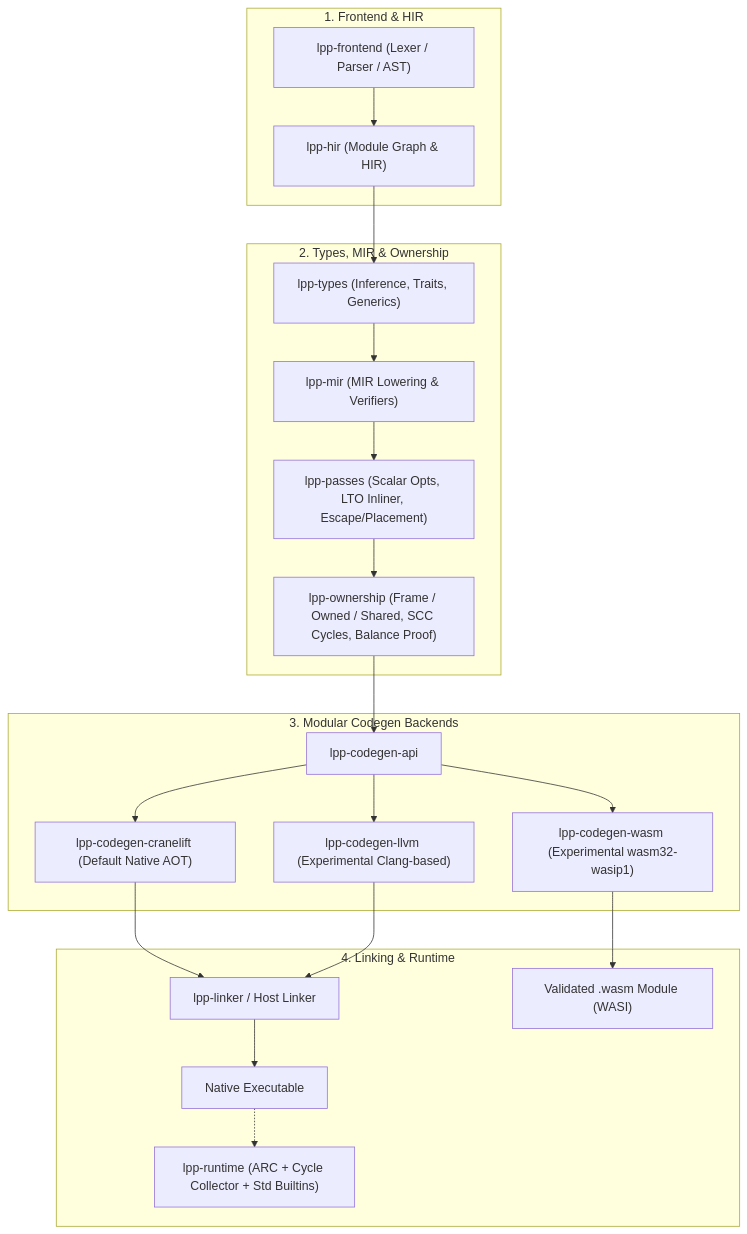
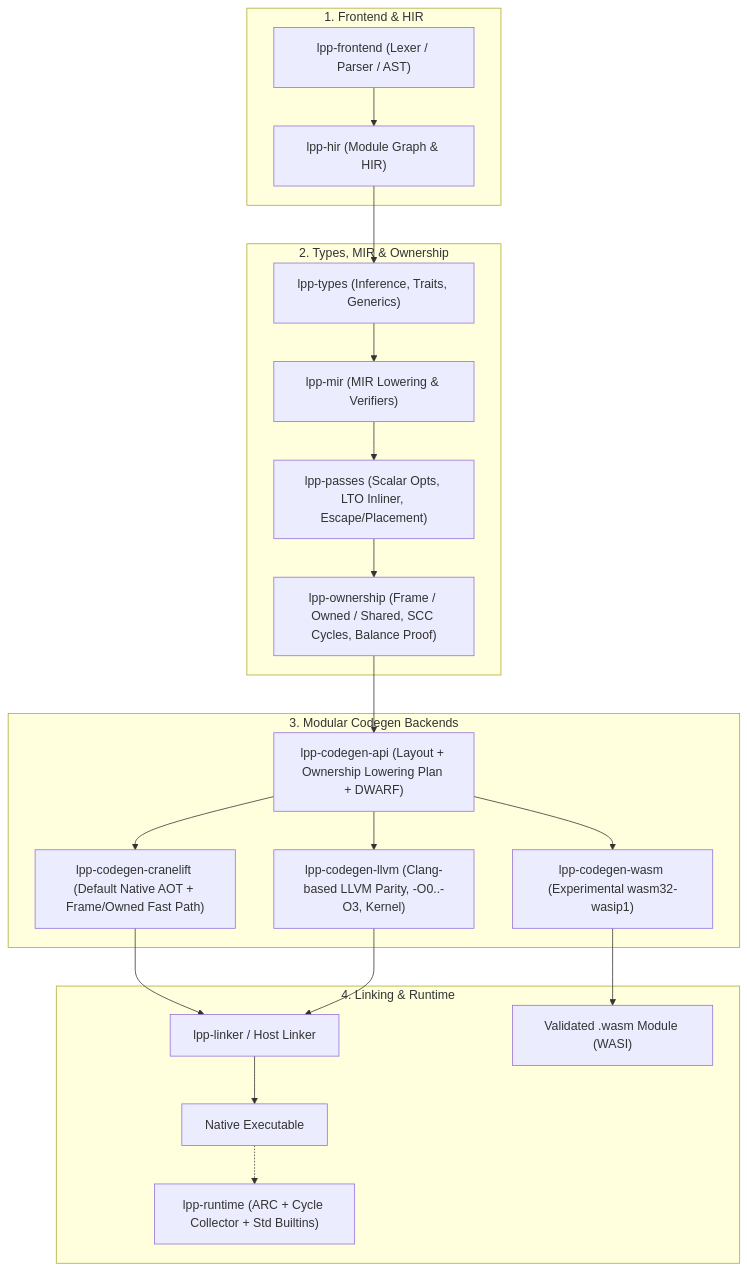
One commit to samarnever-droid/lplusplus changed the diagram in ARCHITECTURE.md. Above: the diagram before and after it, drawn with Mermaid. The commit also changed other lines of this file and 35 other files, not shown here.

````diff
--- a/ARCHITECTURE.md
+++ b/ARCHITECTURE.md
@@ -19,28 +19,28 @@
 ```mermaid
 graph TD
     subgraph Frontend ["1. Frontend & HIR"]
         Lexer["lpp-frontend (Lexer / Parser / AST)"] --> HIR["lpp-hir (Module Graph & HIR)"]
     end
 
     subgraph TypesAndMIR ["2. Types, MIR & Ownership"]
         HIR --> Types["lpp-types (Inference, Traits, Generics)"]
         Types --> MIR["lpp-mir (MIR Lowering & Verifiers)"]
         MIR --> Passes["lpp-passes (Scalar Opts, LTO Inliner, Escape/Placement)"]
         Passes --> Ownership["lpp-ownership (Frame / Owned / Shared, SCC Cycles, Balance Proof)"]
     end
 
     subgraph Backends ["3. Modular Codegen Backends"]
-        Ownership --> API["lpp-codegen-api"]
-        API --> Cranelift["lpp-codegen-cranelift (Default Native AOT)"]
-        API --> LLVM["lpp-codegen-llvm (Experimental Clang-based)"]
+        Ownership --> API["lpp-codegen-api (Layout + Ownership Lowering Plan + DWARF)"]
+        API --> Cranelift["lpp-codegen-cranelift (Default Native AOT + Frame/Owned Fast Path)"]
+        API --> LLVM["lpp-codegen-llvm (Clang-based LLVM Parity, -O0..-O3, Kernel)"]
         API --> WASM["lpp-codegen-wasm (Experimental wasm32-wasip1)"]
     end
 
     subgraph LinkRuntime ["4. Linking & Runtime"]
         Cranelift --> Linker["lpp-linker / Host Linker"]
         LLVM --> Linker
         Linker --> Binary["Native Executable"]
         Binary -.-> Runtime["lpp-runtime (ARC + Cycle Collector + Std Builtins)"]
         WASM --> WasmMod["Validated .wasm Module (WASI)"]
     end
 ```
````
